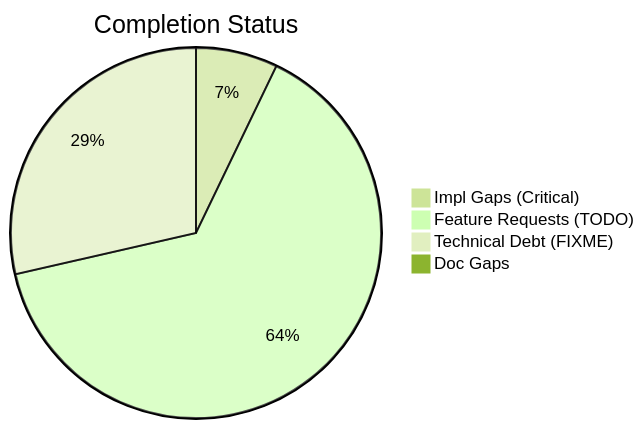
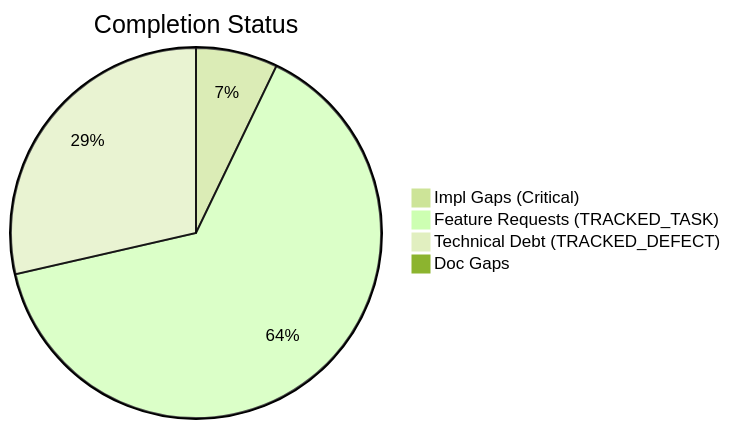
One commit to D-sorganization/Tools changed the first of 2 diagrams in docs/assessments/completist/Completist_Report_2026-03-08.md. Above: the diagram before and after it, drawn with Mermaid (forest theme). The commit also changed other lines of this file and 101 other files, not shown here.

````diff
--- a/docs/assessments/completist/Completist_Report_2026-03-08.md
+++ b/docs/assessments/completist/Completist_Report_2026-03-08.md
@@ -11,7 +11,7 @@
 ```mermaid
 pie title Completion Status
     "Impl Gaps (Critical)" : 3
-    "Feature Requests (TODO)" : 27
-    "Technical Debt (FIXME)" : 12
+    "Feature Requests (TRACKED_TASK)" : 27
+    "Technical Debt (TRACKED_DEFECT)" : 12
     "Doc Gaps" : 0
 ```
````
